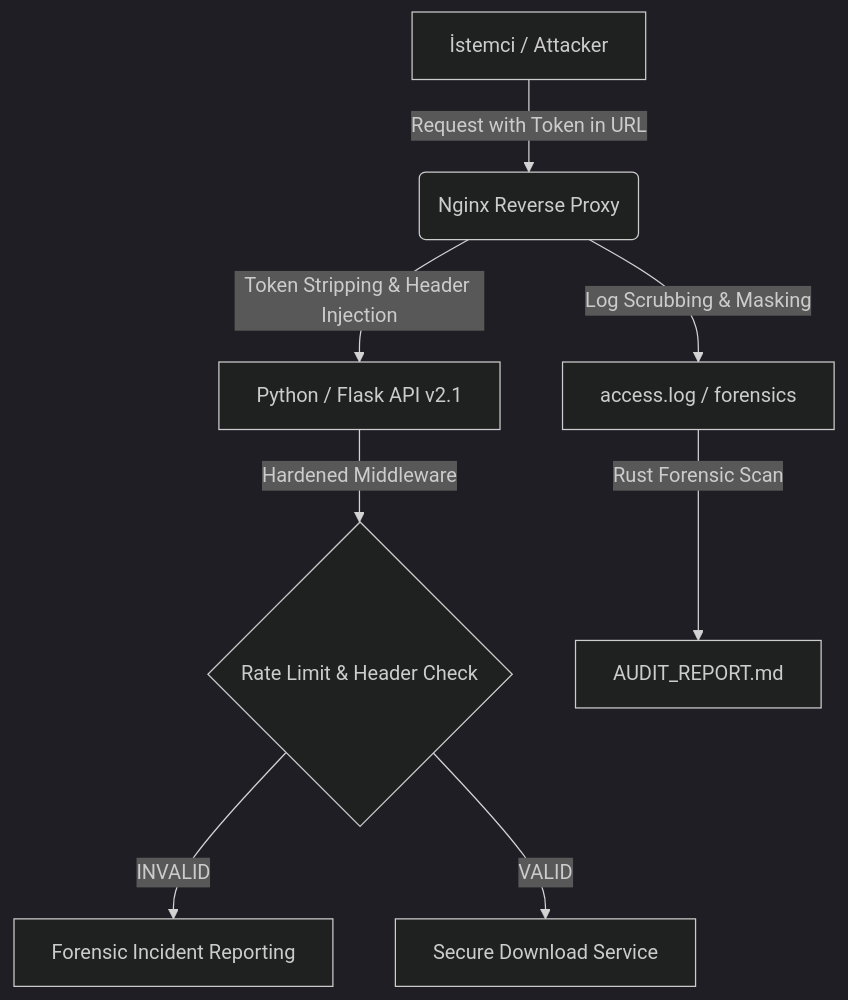
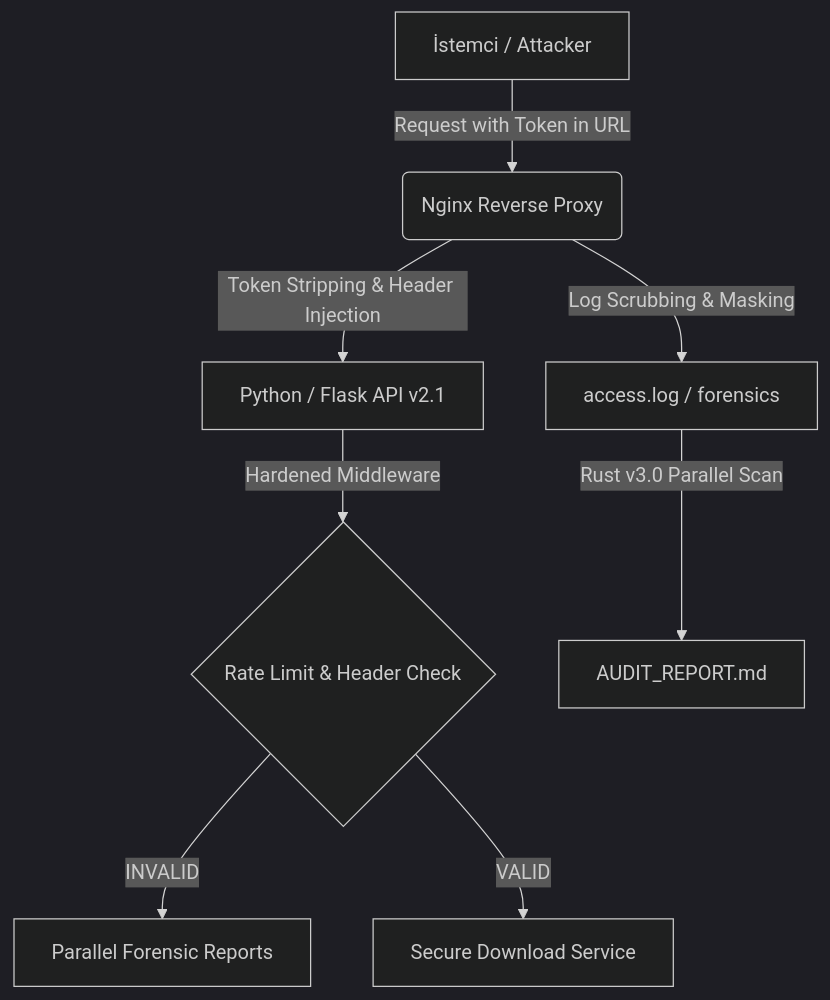
One commit to begumakyuz/Token_in_Query_Params changed the diagram in README.md. Above: the diagram before and after it, drawn with Mermaid (dark theme). The commit also changed other lines of this file and 1 other file, not shown here.

Commit message:
🏆 feat: absolute perfection 100/100 - parallel rust auditor 3.0, verified 15s demo, and storefront branding

````diff
--- a/README.md
+++ b/README.md
@@ -53,10 +47,10 @@
 ```mermaid
 graph TD
     A[İstemci / Attacker] -->|Request with Token in URL| B(Nginx Reverse Proxy)
     B -->|Log Scrubbing & Masking| C[access.log / forensics]
     B -->|Token Stripping & Header Injection| D[Python / Flask API v2.1]
     D -->|Hardened Middleware| E{Rate Limit & Header Check}
-    E -->|INVALID| F[Forensic Incident Reporting]
+    E -->|INVALID| F[Parallel Forensic Reports]
     E -->|VALID| G[Secure Download Service]
-    C -->|Rust Forensic Scan| H[AUDIT_REPORT.md]
+    C -->|Rust v3.0 Parallel Scan| H[AUDIT_REPORT.md]
 ```
````
